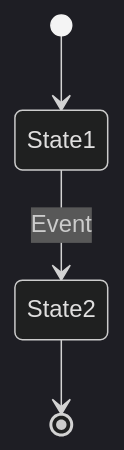
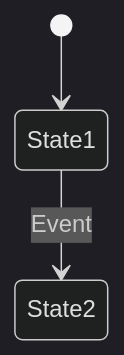
One commit to acking-you/myclaude-skills changed the third of 3 diagrams in skills/tech-design-doc/SKILL.md. Above: the diagram before and after it, drawn with Mermaid (dark theme). The commit also changed other lines of this file, not shown here.

````diff
--- a/skills/tech-design-doc/SKILL.md
+++ b/skills/tech-design-doc/SKILL.md
@@ -275,6 +152,5 @@
 ```mermaid
 stateDiagram-v2
     [*] --> State1
     State1 --> State2: Event
-    State2 --> [*]
 ```
````
